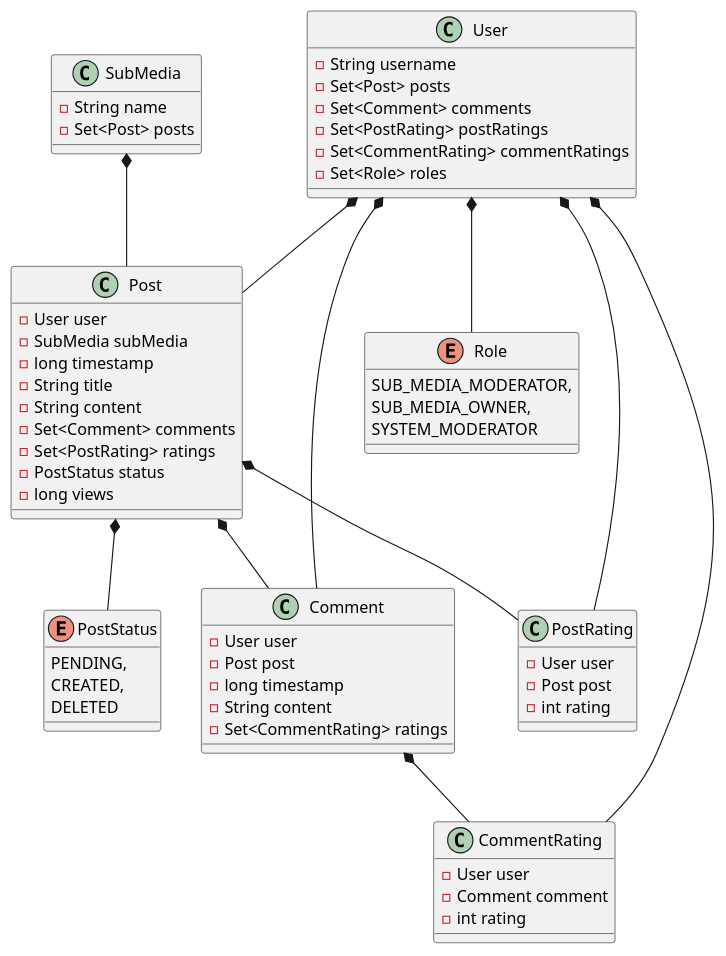
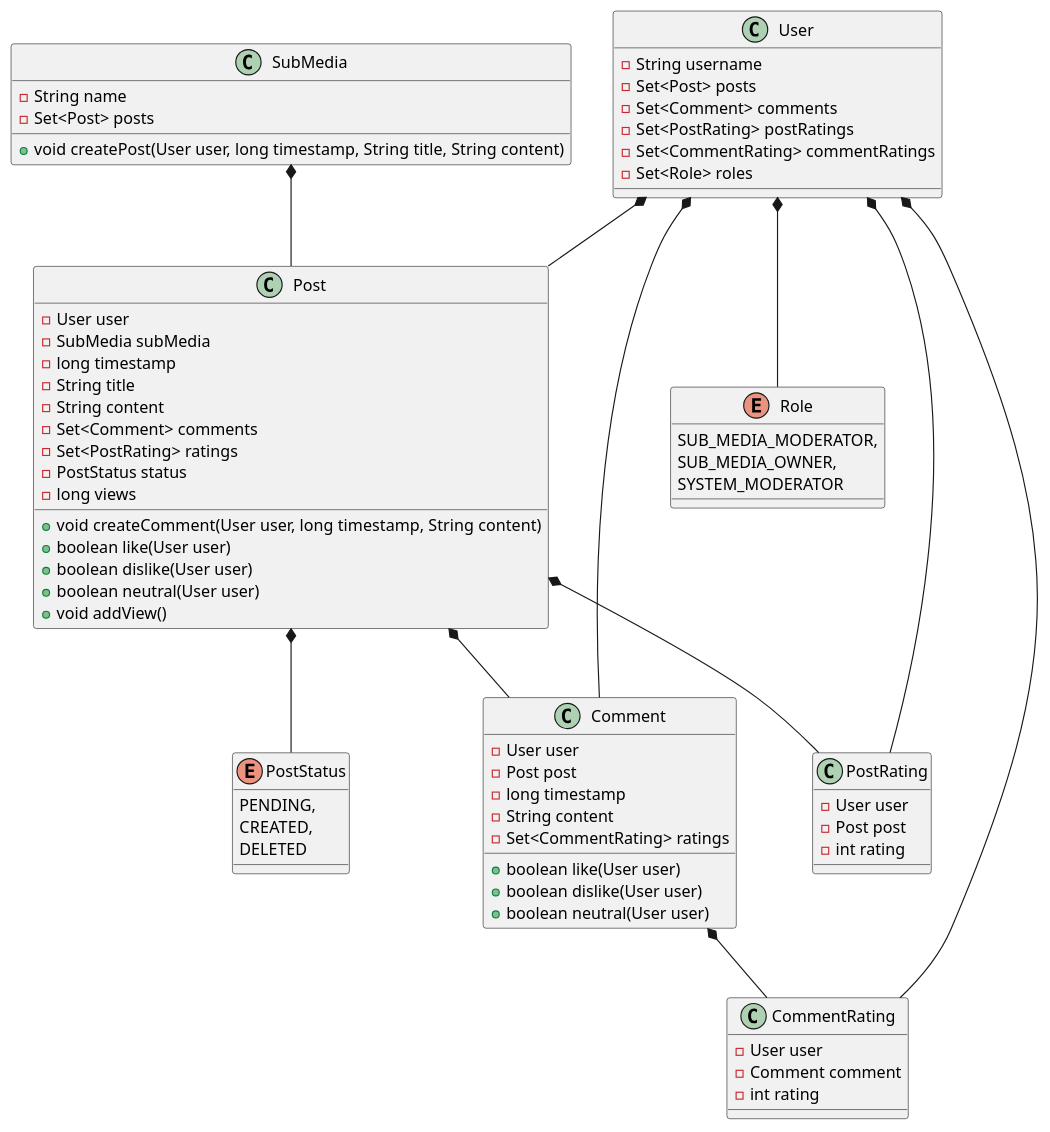
The diagram in diagrammer/klassediagram/klassediagram 1.puml (Peter537/Dat4-SU-MegaMedia), drawn with PlantUML before and after one commit.

Commit message:
tilføjet metoder

```diff
--- a/diagrammer/klassediagram/klassediagram 1.puml
+++ b/diagrammer/klassediagram/klassediagram 1.puml
@@ -1,75 +1,87 @@
 @startuml
 
 class User {
     - String username
     - Set<Post> posts
     - Set<Comment> comments
     - Set<PostRating> postRatings
     - Set<CommentRating> commentRatings
     - Set<Role> roles
 }
 
 class SubMedia {
     - String name
     - Set<Post> posts
+
+    + void createPost(User user, long timestamp, String title, String content)
 }
 
 class Post {
     - User user
     - SubMedia subMedia
     - long timestamp
     - String title
     - String content
     - Set<Comment> comments
     - Set<PostRating> ratings
     - PostStatus status
     - long views
+
+    + void createComment(User user, long timestamp, String content)
+    + boolean like(User user)
+    + boolean dislike(User user)
+    + boolean neutral(User user)
+    + void addView()
 }
 
 class PostRating {
     - User user
     - Post post
     - int rating
 }
 
 class Comment {
     - User user
     - Post post
     - long timestamp
     - String content
     - Set<CommentRating> ratings
+
+    + boolean like(User user)
+    + boolean dislike(User user)
+    + boolean neutral(User user)
 }
 
 class CommentRating {
     - User user
     - Comment comment
     - int rating
 }
 
 enum Role {
     SUB_MEDIA_MODERATOR,
     SUB_MEDIA_OWNER,
     SYSTEM_MODERATOR
 }
 
 enum PostStatus {
     PENDING,
     CREATED,
     DELETED
 }
 
 SubMedia *-- Post
 
 Post *-- Comment
 Post *-- PostRating
 Post *-- PostStatus
 
 Comment *-- CommentRating
 
 User *-- Post
 User *-- Comment
 User *-- PostRating
 User *-- CommentRating
 User *-- Role
 
 @enduml
```
